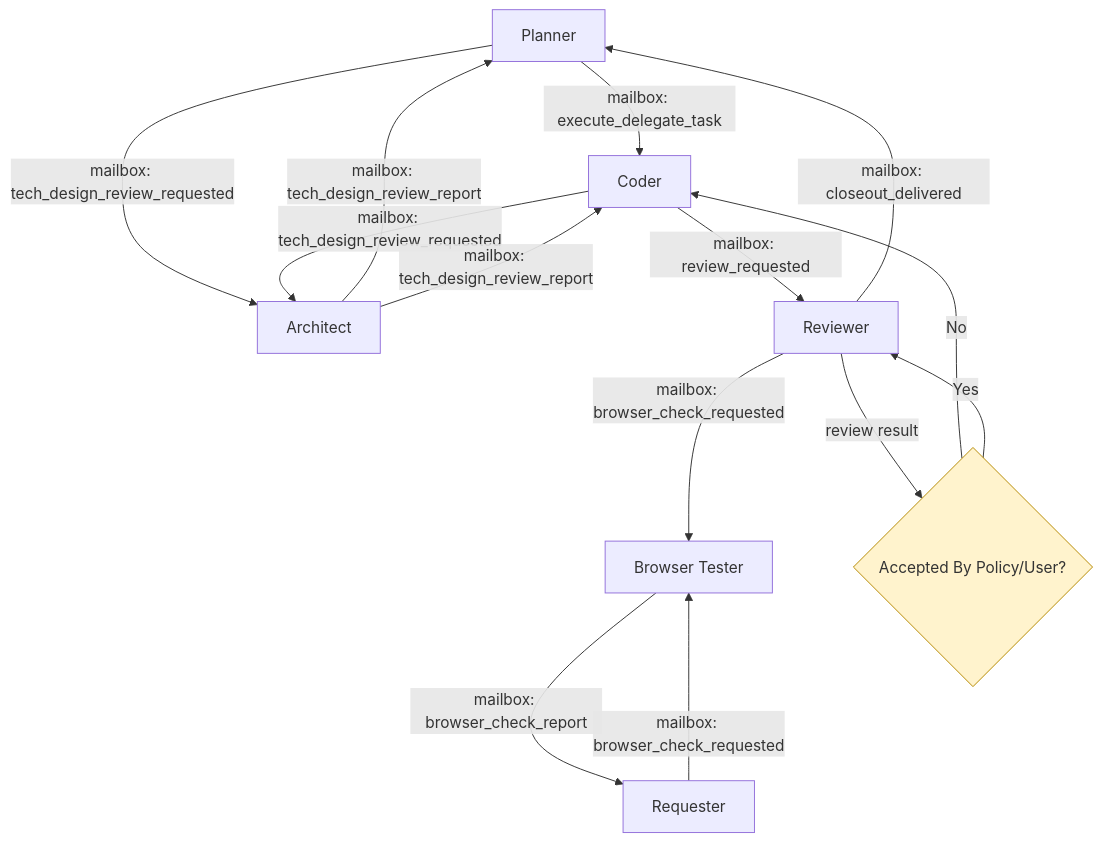
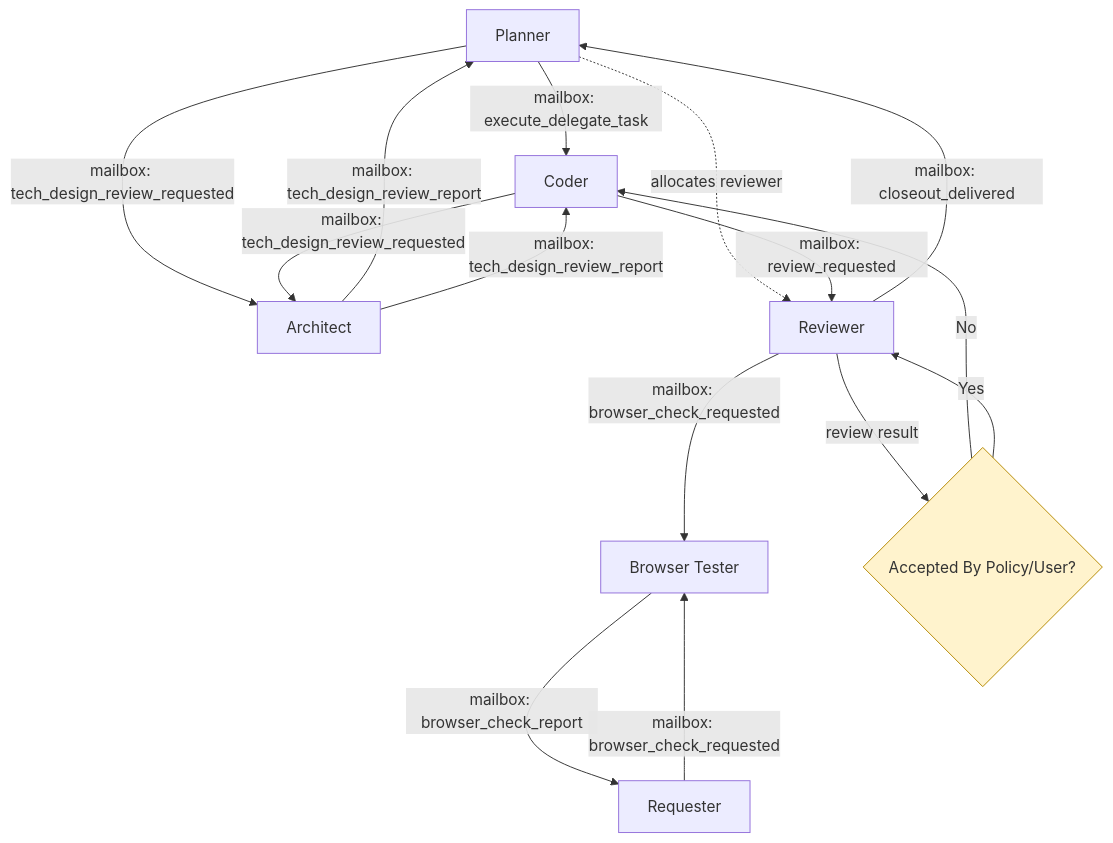
One commit to ruiheng/config_files changed the diagram in ai-agent/skills/README.md. Above: the diagram before and after it, drawn with Mermaid. The commit also changed other lines of this file and 2 other files, not shown here.

Commit message:
Move reviewer allocation to planner

````diff
--- a/ai-agent/skills/README.md
+++ b/ai-agent/skills/README.md
@@ -76,18 +76,19 @@
 ```mermaid
 flowchart TD
     P[Planner] -->|mailbox: execute_delegate_task| C[Coder]
     P -->|mailbox: tech_design_review_requested| A[Architect]
     C -->|mailbox: tech_design_review_requested| A
     A -->|mailbox: tech_design_review_report| P
     A -->|mailbox: tech_design_review_report| C
-    C -->|mailbox: review_requested| R[Reviewer]
+    P -. allocates reviewer .-> R[Reviewer]
+    C -->|mailbox: review_requested| R
     R -->|mailbox: browser_check_requested| B[Browser Tester]
     X[Requester] -->|mailbox: browser_check_requested| B
     B -->|mailbox: browser_check_report| X
     R -->|review result| DEC{Accepted By Policy/User?}
     DEC -- No --> C
     DEC -- Yes --> R
     R -->|mailbox: closeout_delivered| P
 
     style DEC fill:#fff3cd,stroke:#b58900,stroke-width:1px
 ```
````
